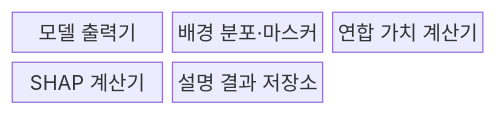
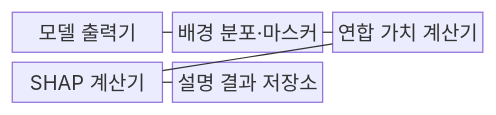
One commit to agnusdei1207/knowledge-base changed the first of 2 diagrams in src/content/docs/notes/08-latest-tech/106_shap.md. Above: the diagram before and after it, drawn with Mermaid. The commit also changed other lines of this file and 228 other files, not shown here.

````diff
--- a/src/content/docs/notes/08-latest-tech/106_shap.md
+++ b/src/content/docs/notes/08-latest-tech/106_shap.md
@@ -56,9 +56,13 @@
 ```mermaid
 block-beta
     columns 3
     M["모델 출력기"]
     B["배경 분포·마스커"]
     C["연합 가치 계산기"]
     S["SHAP 계산기"]
     R["설명 결과 저장소"]
+    M --- B
+    B --- C
+    C --- S
+    S --- R
 ```
````
